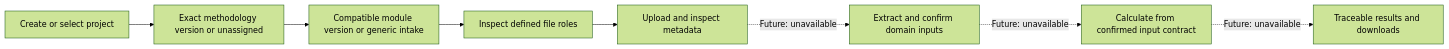
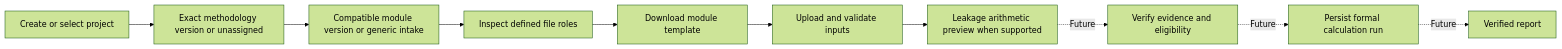
Before and after one commit to shlerylan/Verra_Thrive_2050: the diagram in docs/architecture.md, drawn with Mermaid (forest theme). The commit also changed other lines of this file and 23 other files, not shown here.

Commit message:
Add agricultural leakage preview and interactive results

````diff
--- a/docs/architecture.md
+++ b/docs/architecture.md
@@ -5,10 +5,12 @@
 ```mermaid
 flowchart LR
   Project[Create or select project] --> Method[Exact methodology version or unassigned]
   Method --> Module[Compatible module version or generic intake]
   Module --> Roles[Inspect defined file roles]
-  Roles --> Upload[Upload and inspect metadata]
-  Upload -. Future: unavailable .-> Review[Extract and confirm domain inputs]
-  Review -. Future: unavailable .-> Run[Calculate from confirmed input contract]
-  Run -. Future: unavailable .-> Results[Traceable results and downloads]
+  Roles --> Template[Download module template]
+  Template --> Upload[Upload and validate inputs]
+  Upload --> Preview[Leakage arithmetic preview when supported]
+  Preview -. Future .-> Review[Verify evidence and eligibility]
+  Review -. Future .-> Run[Persist formal calculation run]
+  Run -. Future .-> Results[Verified report]
 ```
````
